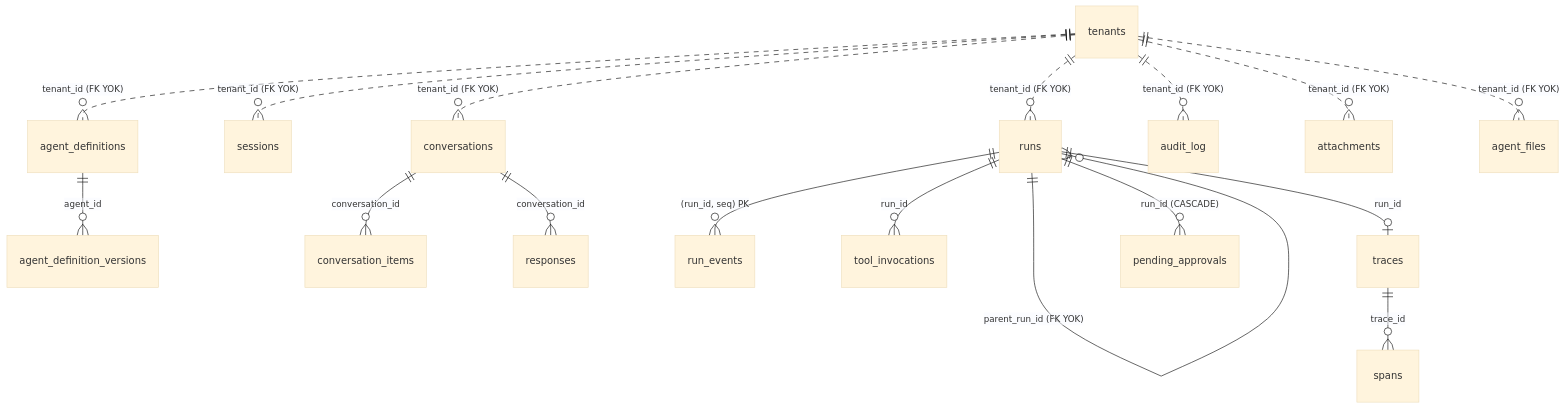
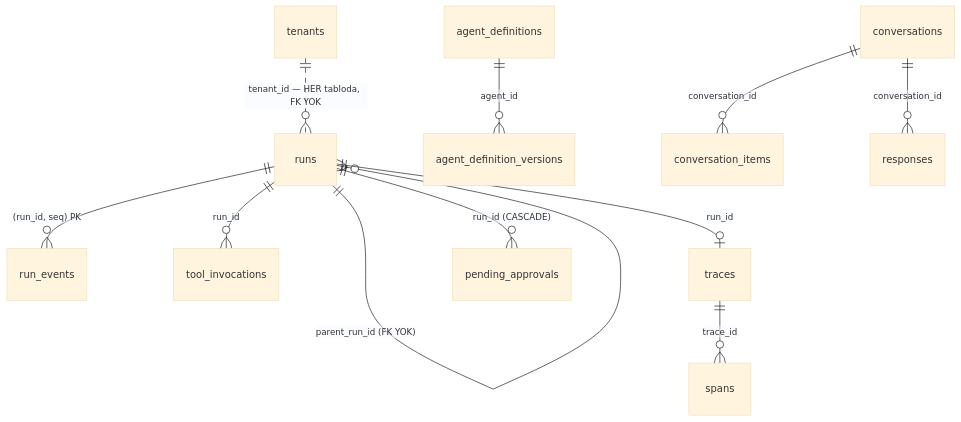
Before and after one commit to farukatasoy/Tracon: the second of 9 diagrams in docs/MIMARI.md, drawn with Mermaid (base theme). The commit also changed other lines of this file and 18 other files, not shown here.

````diff
--- a/docs/MIMARI.md
+++ b/docs/MIMARI.md
@@ -176,21 +142,14 @@
 ```mermaid
 erDiagram
-    tenants ||..o{ agent_definitions : "tenant_id (FK YOK)"
-    tenants ||..o{ sessions : "tenant_id (FK YOK)"
-    tenants ||..o{ runs : "tenant_id (FK YOK)"
-    tenants ||..o{ conversations : "tenant_id (FK YOK)"
-    tenants ||..o{ audit_log : "tenant_id (FK YOK)"
-    tenants ||..o{ attachments : "tenant_id (FK YOK)"
-    tenants ||..o{ agent_files : "tenant_id (FK YOK)"
-
+    tenants ||..o{ runs : "tenant_id — HER tabloda, FK YOK"
     agent_definitions ||--o{ agent_definition_versions : "agent_id"
     conversations ||--o{ conversation_items : "conversation_id"
     conversations ||--o{ responses : "conversation_id"
     runs ||--o{ runs : "parent_run_id (FK YOK)"
     runs ||--o{ run_events : "(run_id, seq) PK"
     runs ||--o{ tool_invocations : "run_id"
     runs ||--o| traces : "run_id"
     runs ||--o{ pending_approvals : "run_id (CASCADE)"
     traces ||--o{ spans : "trace_id"
 
 ```
````
